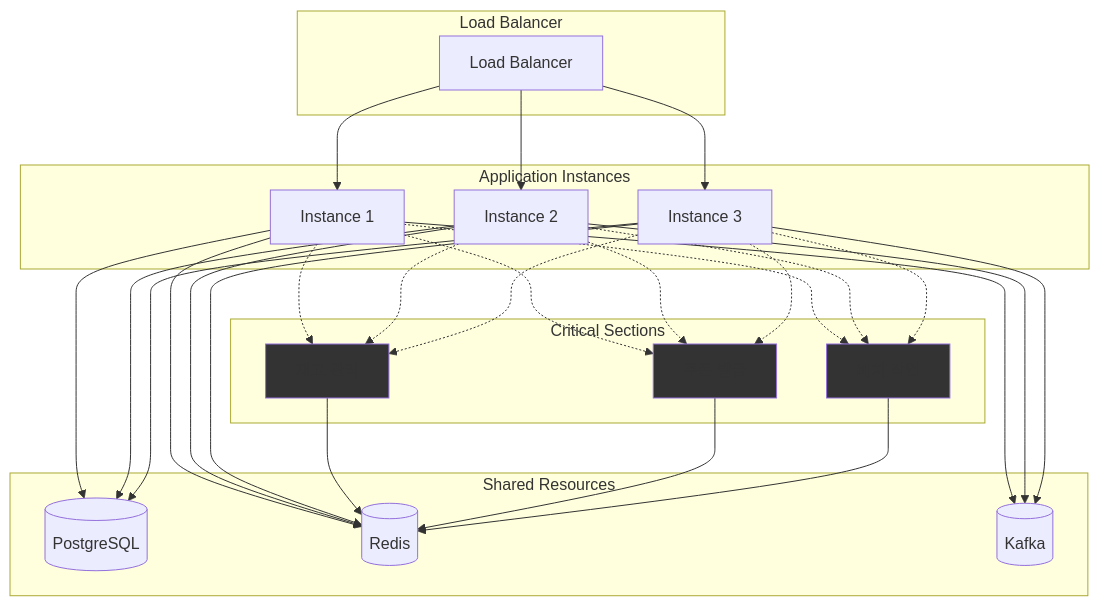
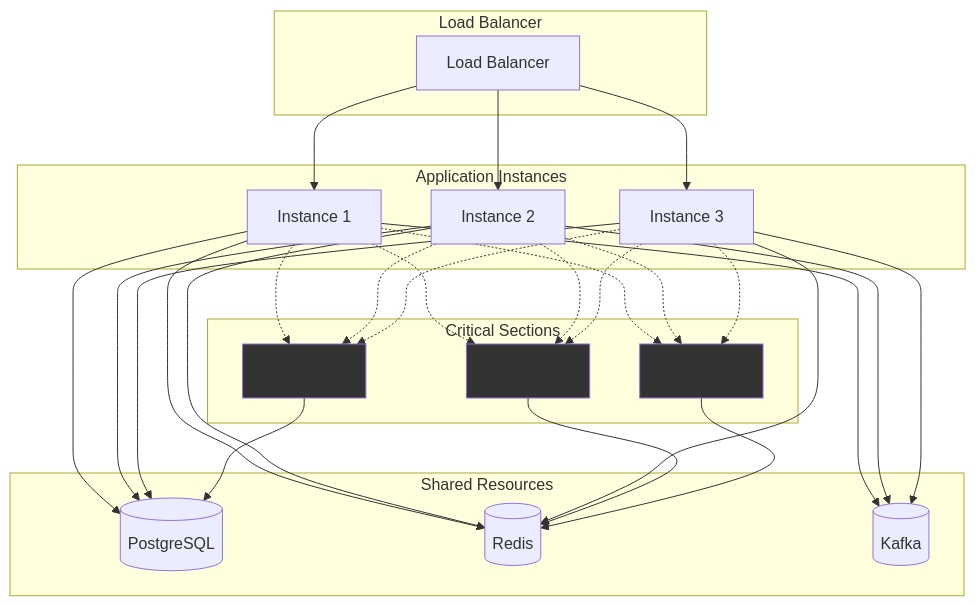
The first of 2 diagrams in docs/07-tech-spec.md (seho0808/hh-9-be-2), drawn with Mermaid before and after one commit. The commit also changed other lines of this file, not shown here.

````diff
--- a/docs/07-tech-spec.md
+++ b/docs/07-tech-spec.md
@@ -22,60 +22,60 @@
 ```mermaid
 graph TB
     subgraph "Load Balancer"
         LB[Load Balancer]
     end
 
     subgraph "Application Instances"
         I1[Instance 1]
         I2[Instance 2]
         I3[Instance 3]
     end
 
     subgraph "Shared Resources"
         DB[(PostgreSQL)]
         R[(Redis)]
         K[(Kafka)]
     end
 
     subgraph "Critical Sections"
         CS1[재고 관리]
         CS2[쿠폰 발급]
         CS3[배치 작업]
     end
 
     LB --> I1
     LB --> I2
     LB --> I3
 
     I1 --> DB
     I2 --> DB
     I3 --> DB
 
     I1 --> R
     I2 --> R
     I3 --> R
 
     I1 --> K
     I2 --> K
     I3 --> K
 
     I1 -.-> CS1
     I2 -.-> CS1
     I3 -.-> CS1
 
     I1 -.-> CS2
     I2 -.-> CS2
     I3 -.-> CS2
 
     I1 -.-> CS3
     I2 -.-> CS3
     I3 -.-> CS3
 
-    CS1 --> R
+    CS1 --> DB
     CS2 --> R
     CS3 --> R
 
     style CS1 fill:#333
     style CS2 fill:#333
     style CS3 fill:#333
 ```
````
